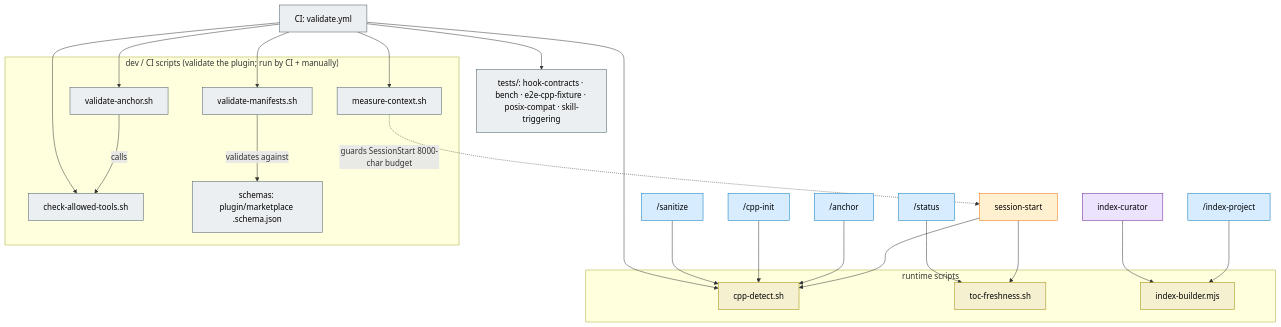
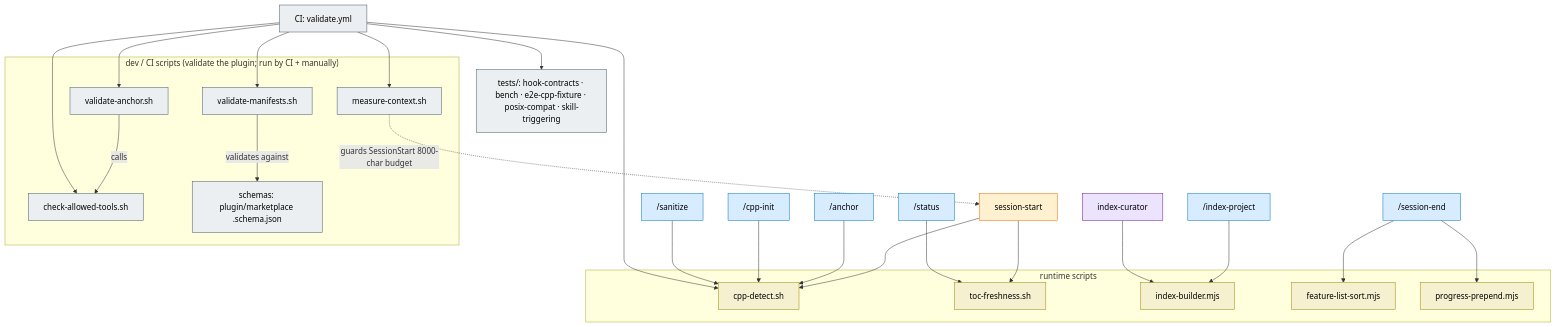
The sixth of 6 diagrams in docs/architecture.md (Redtropig/harness-anchor), drawn with Mermaid before and after one commit. The commit also changed other lines of this file and 19 other files, not shown here.

First line of the commit message:
feat(state): scale feature_list / progress / PROJECT-TOC for long-running projects

````diff
--- a/docs/architecture.md
+++ b/docs/architecture.md
@@ -349,39 +349,43 @@
 ```mermaid
 flowchart TB
   classDef script fill:#f5f0d0,stroke:#9e8a00,color:#000
   classDef hook fill:#fff0d0,stroke:#ef6c00,color:#000
   classDef cmd fill:#d7ecff,stroke:#0277bd,color:#000
   classDef agent fill:#ece3ff,stroke:#6a1b9a,color:#000
   classDef dev fill:#eceff1,stroke:#455a64,color:#000
 
   subgraph RT["runtime scripts"]
     cpd["cpp-detect.sh"]:::script
     tocf["toc-freshness.sh"]:::script
     ib["index-builder.mjs"]:::script
+    fls["feature-list-sort.mjs"]:::script
+    pp["progress-prepend.mjs"]:::script
   end
   H1["session-start"]:::hook --> cpd
   H1 --> tocf
   C1["/anchor"]:::cmd --> cpd
   C2["/cpp-init"]:::cmd --> cpd
   C3["/sanitize"]:::cmd --> cpd
   C4["/status"]:::cmd --> tocf
   C5["/index-project"]:::cmd --> ib
+  C6["/session-end"]:::cmd --> fls
+  C6 --> pp
   A1["index-curator"]:::agent --> ib
 
   subgraph DEV["dev / CI scripts (validate the plugin; run by CI + manually)"]
     va["validate-anchor.sh"]:::dev
     vm["validate-manifests.sh"]:::dev
     cat["check-allowed-tools.sh"]:::dev
     mc["measure-context.sh"]:::dev
     sch["schemas: plugin/marketplace .schema.json"]:::dev
   end
   va -->|"calls"| cat
   vm -->|"validates against"| sch
   CI["CI: validate.yml"]:::dev --> va
   CI --> vm
   CI --> cat
   CI --> mc
   CI --> cpd
   CI --> tests["tests/: hook-contracts · bench · e2e-cpp-fixture · posix-compat · skill-triggering"]:::dev
   mc -. "guards SessionStart 8000-char budget" .-> H1
 ```
````
